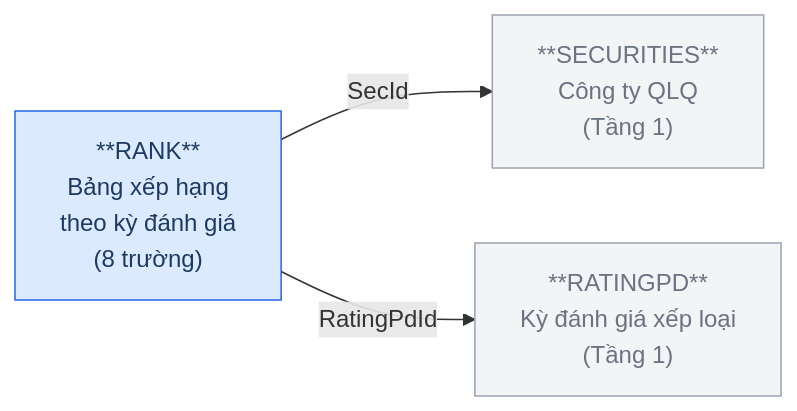
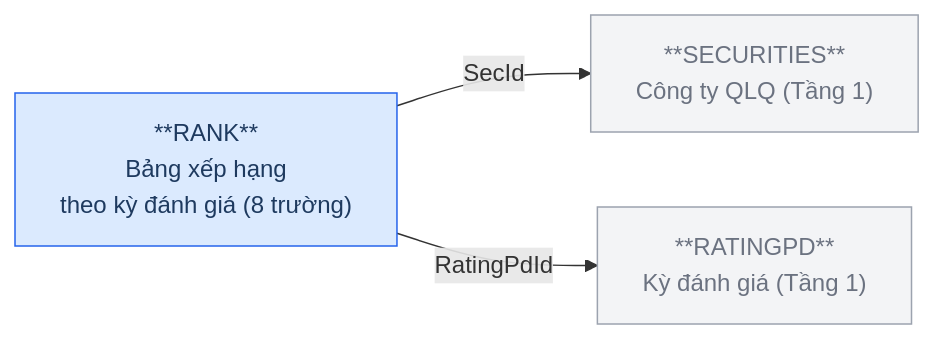
One commit to linhlvit/ubck_atomic_design changed diagram 11 of 16 in Silver/hld/FMS_HLD_Tier2.md. Above: the diagram before and after it, drawn with Mermaid. The commit also changed other lines of this file and 1 other file, not shown here.

````diff
--- a/Silver/hld/FMS_HLD_Tier2.md
+++ b/Silver/hld/FMS_HLD_Tier2.md
@@ -281,12 +268,12 @@
 ```mermaid
 graph LR
     classDef src fill:#dbeafe,stroke:#2563eb,color:#1e3a5f
     classDef ref fill:#f3f4f6,stroke:#9ca3af,color:#6b7280
 
-    SECURITIES["**SECURITIES**\nCông ty QLQ\n(Tầng 1)"]:::ref
-    RATINGPD["**RATINGPD**\nKỳ đánh giá xếp loại\n(Tầng 1)"]:::ref
-    RANK["**RANK**\nBảng xếp hạng\ntheo kỳ đánh giá\n(8 trường)"]:::src
+    SECURITIES["**SECURITIES**\nCông ty QLQ (Tầng 1)"]:::ref
+    RATINGPD["**RATINGPD**\nKỳ đánh giá (Tầng 1)"]:::ref
+    RANK["**RANK**\nBảng xếp hạng\ntheo kỳ đánh giá (8 trường)"]:::src
 
     RANK -->|SecId| SECURITIES
     RANK -->|RatingPdId| RATINGPD
 ```
````
